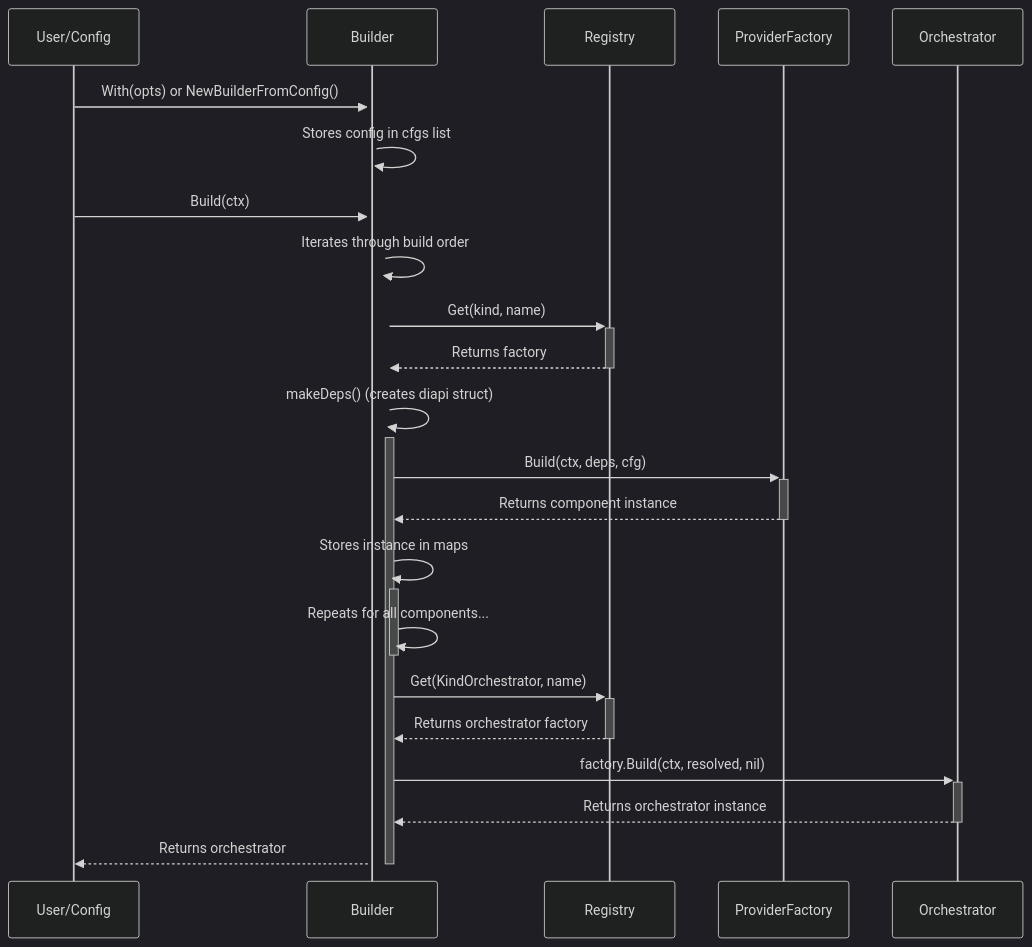
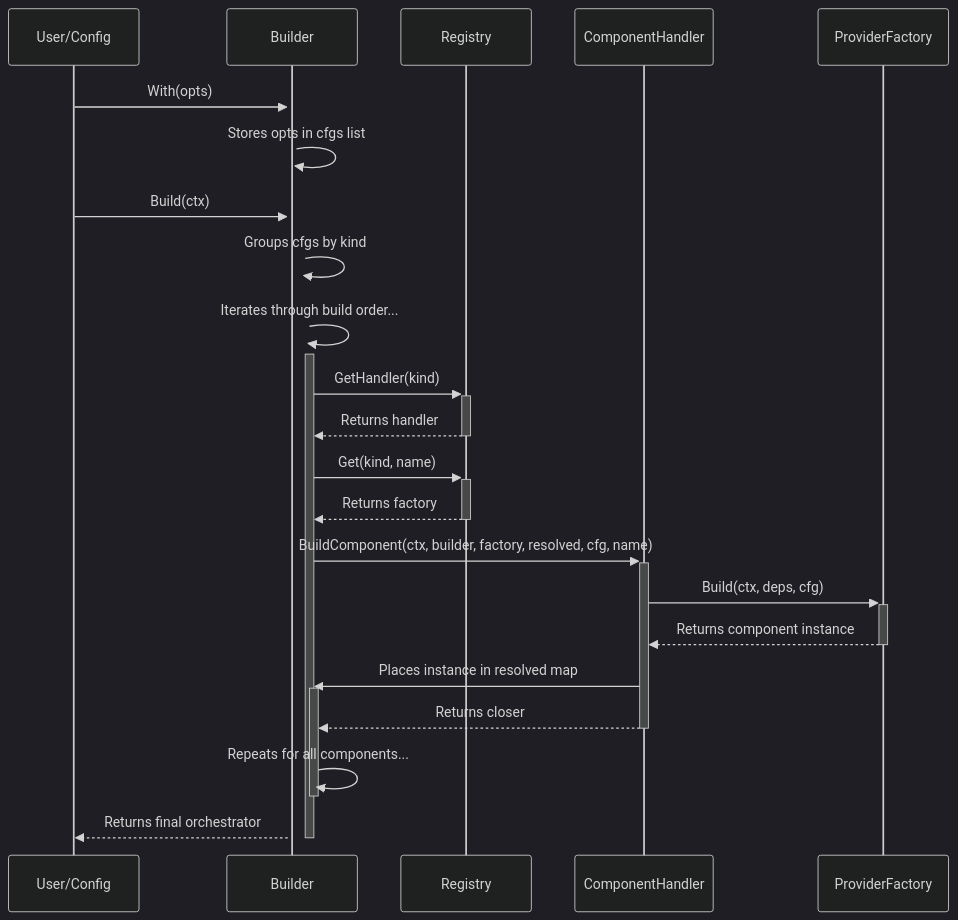
One commit to duynguyendang/manglekit changed the second of 2 diagrams in docs/LLD.md. Above: the diagram before and after it, drawn with Mermaid (dark theme). The commit also changed other lines of this file and 2 other files, not shown here.

First line of the commit message:
This commit synchronizes the core architectural documentation with the latest version of the Manglekit SDK. It reflects the significant refactoring from a monolithic builder to a decentralized, handler-based architecture.

````diff
--- a/docs/LLD.md
+++ b/docs/LLD.md
@@ -65,25 +68,25 @@
 ```mermaid
 sequenceDiagram
     participant User/Config
     participant Builder
     participant Registry
+    participant ComponentHandler
     participant ProviderFactory
-    participant Orchestrator
 
-    User/Config->>+Builder: With(opts) or NewBuilderFromConfig()
-    Builder->>+Builder: Stores config in cfgs list
+    User/Config->>+Builder: With(opts)
+    Builder->>+Builder: Stores opts in cfgs list
     User/Config->>+Builder: Build(ctx)
-    Builder->>+Builder: Iterates through build order
+    Builder->>+Builder: Groups cfgs by kind
+    Builder->>+Builder: Iterates through build order...
+    Builder->>+Registry: GetHandler(kind)
+    Registry-->>-Builder: Returns handler
     Builder->>+Registry: Get(kind, name)
     Registry-->>-Builder: Returns factory
-    Builder->>+Builder: makeDeps() (creates diapi struct)
-    Builder->>+ProviderFactory: Build(ctx, deps, cfg)
-    ProviderFactory-->>-Builder: Returns component instance
-    Builder->>+Builder: Stores instance in maps
+    Builder->>+ComponentHandler: BuildComponent(ctx, builder, factory, resolved, cfg, name)
+    ComponentHandler->>+ProviderFactory: Build(ctx, deps, cfg)
+    ProviderFactory-->>-ComponentHandler: Returns component instance
+    ComponentHandler->>+Builder: Places instance in resolved map
+    ComponentHandler-->>-Builder: Returns closer
     Builder->>-Builder: Repeats for all components...
-    Builder->>+Registry: Get(KindOrchestrator, name)
-    Registry-->>-Builder: Returns orchestrator factory
-    Builder->>+Orchestrator: factory.Build(ctx, resolved, nil)
-    Orchestrator-->>-Builder: Returns orchestrator instance
-    Builder-->>-User/Config: Returns orchestrator
+    Builder-->>-User/Config: Returns final orchestrator
 ```
````
